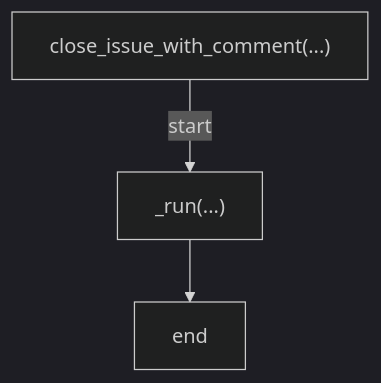
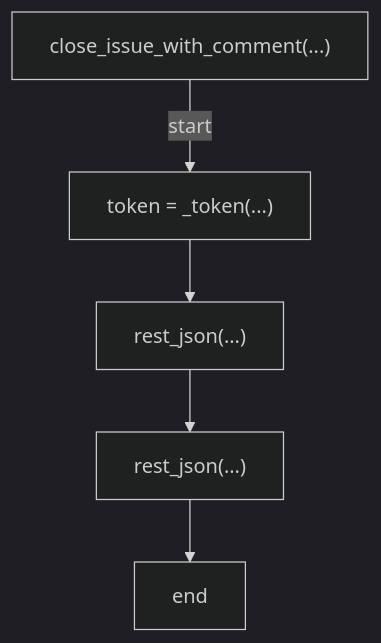
One commit to tvna/claude-md changed diagram 13 of 25 in docs/generated/scripts/ast/branch_cleanup.md. Above: the diagram before and after it, drawn with Mermaid (dark theme). The commit also changed other lines of this file and 15 other files, not shown here.

First line of the commit message:
docs(generated): regenerate decision tree and workflow diagrams

````diff
--- a/docs/generated/scripts/ast/branch_cleanup.md
+++ b/docs/generated/scripts/ast/branch_cleanup.md
@@ -164,8 +179,12 @@
 ```mermaid
 flowchart TD
     N001["close_issue_with_comment(...)"]
-    N002["_run(...)"]
-    N003["end"]
+    N002["token = _token(...)"]
+    N003["rest_json(...)"]
+    N004["rest_json(...)"]
+    N005["end"]
     N001 -->|"start"| N002
     N002 --> N003
+    N003 --> N004
+    N004 --> N005
 ```
````
